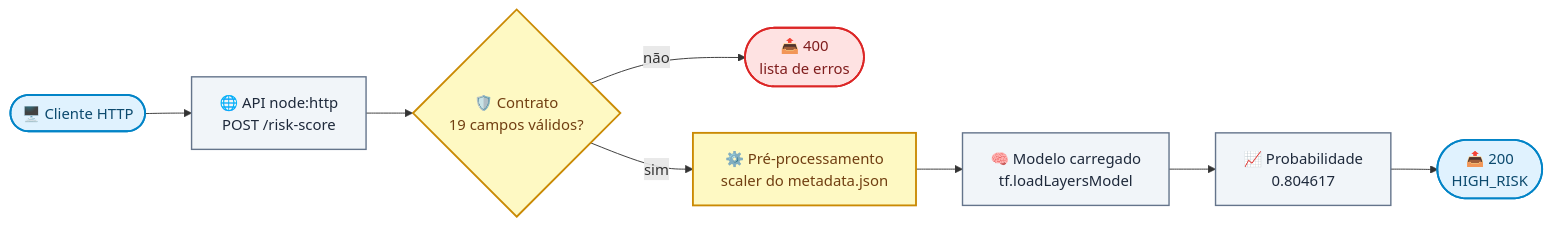
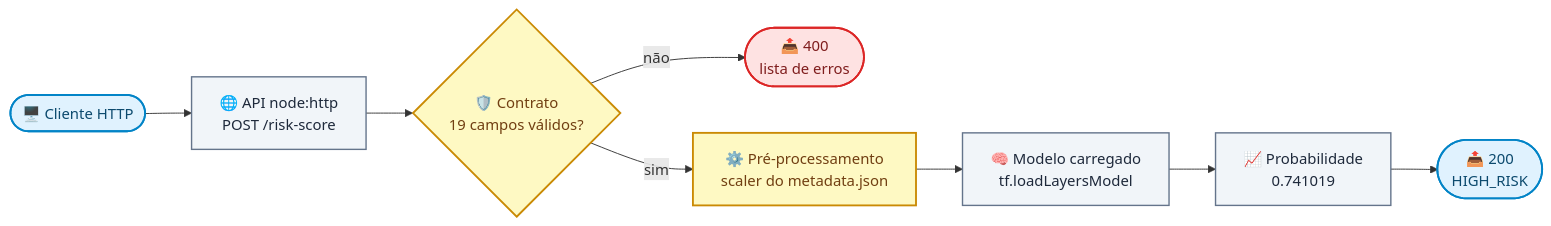
Before and after one commit to Felps03/tfjs-credit-risk-classifier: the second of 2 diagrams in README.md, drawn with Mermaid. The commit also changed other lines of this file and 20 other files, not shown here.

````diff
--- a/README.md
+++ b/README.md
@@ -300,20 +315,20 @@
 ```mermaid
 flowchart LR
     A(["🖥️ Cliente HTTP"]) --> B["🌐 API node:http<br/>POST /risk-score"]
     B --> V{"🛡️ Contrato<br/>19 campos válidos?"}
     V -->|"não"| X(["📤 400<br/>lista de erros"])
     V -->|"sim"| C["⚙️ Pré-processamento<br/>scaler do metadata.json"]
     C --> D["🧠 Modelo carregado<br/>tf.loadLayersModel"]
-    D --> E["📈 Probabilidade<br/>0.804617"]
+    D --> E["📈 Probabilidade<br/>0.741019"]
     E --> F(["📤 200<br/>HIGH_RISK"])
 
     classDef edge fill:#e0f2fe,stroke:#0284c7,stroke-width:2px,color:#0c4a6e
     classDef step fill:#f1f5f9,stroke:#64748b,stroke-width:1.5px,color:#1e293b
     classDef key  fill:#fef9c3,stroke:#ca8a04,stroke-width:2px,color:#713f12
     classDef bad  fill:#fee2e2,stroke:#dc2626,stroke-width:2px,color:#7f1d1d
 
     class A,F edge
     class B,D,E step
     class C,V key
     class X bad
 ```
````
